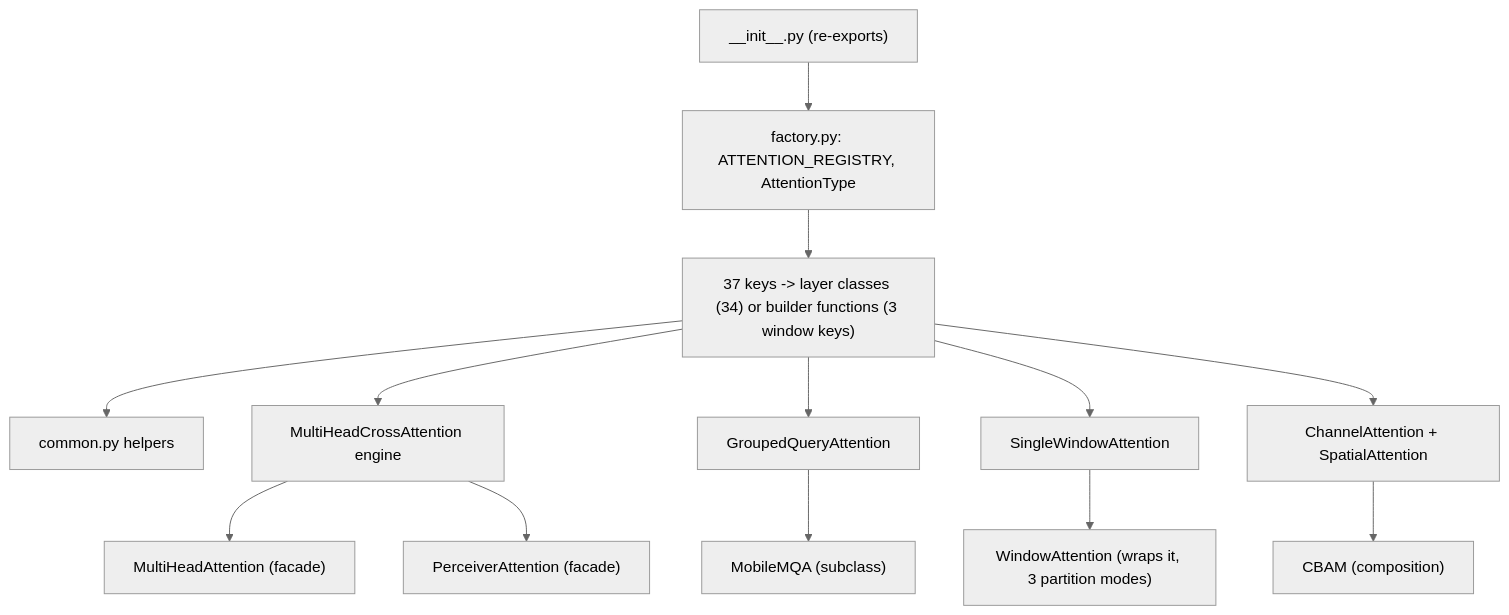
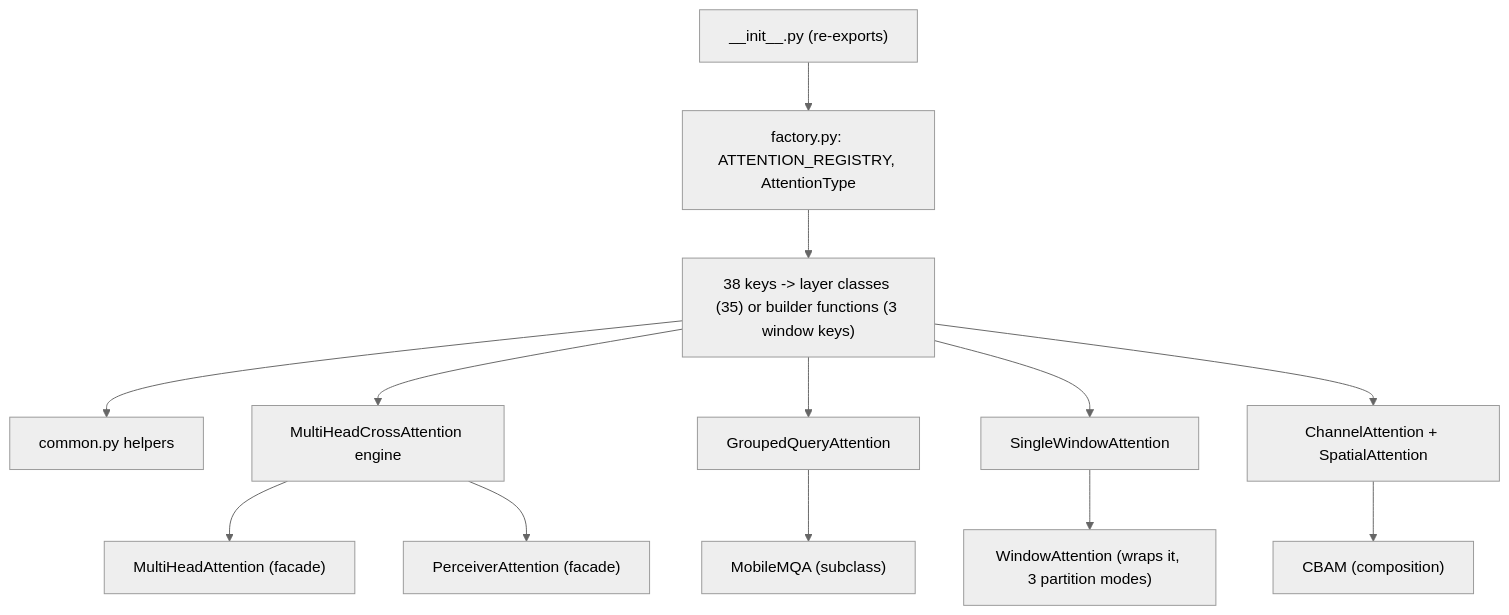
One commit to NikolasMarkou/dl_techniques changed the diagram in src/dl_techniques/layers/attention/AGENTS.md. Above: the diagram before and after it, drawn with Mermaid (neutral theme). The commit also changed other lines of this file and 19 other files, not shown here.

````diff
--- a/src/dl_techniques/layers/attention/AGENTS.md
+++ b/src/dl_techniques/layers/attention/AGENTS.md
@@ -14,12 +14,12 @@
 ```mermaid
 flowchart TD
     I["__init__.py (re-exports)"] --> F["factory.py: ATTENTION_REGISTRY, AttentionType"]
-    F --> L["37 keys -> layer classes (34) or builder functions (3 window keys)"]
+    F --> L["38 keys -> layer classes (35) or builder functions (3 window keys)"]
     L --> C["common.py helpers"]
     L --> X["MultiHeadCrossAttention engine"]
     X --> W1["MultiHeadAttention (facade)"]
     X --> W2["PerceiverAttention (facade)"]
     L --> G["GroupedQueryAttention"] --> M["MobileMQA (subclass)"]
     L --> S["SingleWindowAttention"] --> WA["WindowAttention (wraps it, 3 partition modes)"]
     L --> CB["ChannelAttention + SpatialAttention"] --> CBAM["CBAM (composition)"]
 ```
````
